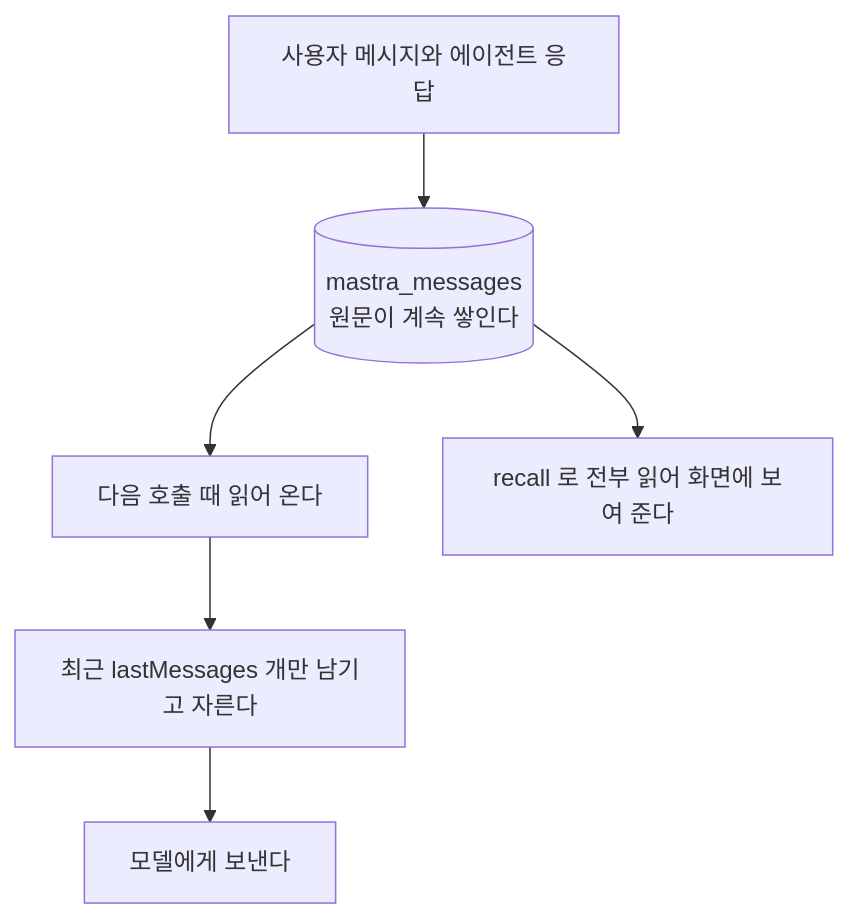
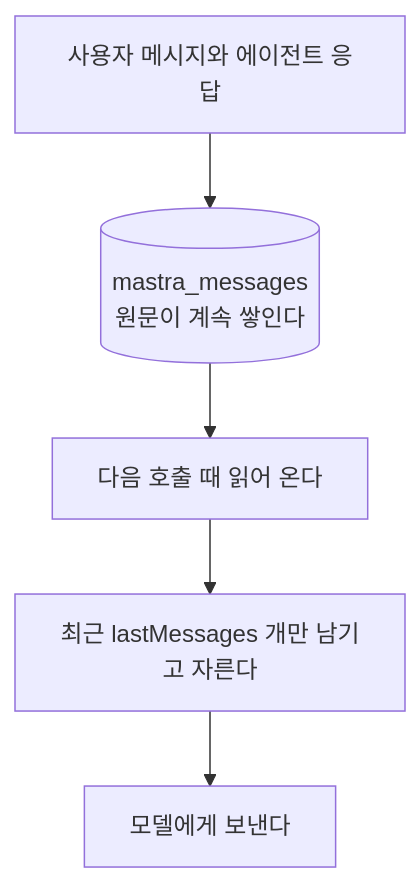
Before and after one commit to hoyunjung-dwhale/mastra-playground: the third of 4 diagrams in docs/memory.md, drawn with Mermaid. The commit also changed other lines of this file, not shown here.

First line of the commit message:
Memory 3-3 다이어그램 정리: 화면 흐름과 모델 흐름 분리

````diff
--- a/docs/memory.md
+++ b/docs/memory.md
@@ -576,8 +587,7 @@
 ```mermaid
 flowchart TB
     A["사용자 메시지와 에이전트 응답"] --> B[("mastra_messages<br/>원문이 계속 쌓인다")]
     B --> C["다음 호출 때 읽어 온다"]
     C --> D["최근 lastMessages 개만 남기고 자른다"]
     D --> E["모델에게 보낸다"]
-    B --> F["recall 로 전부 읽어 화면에 보여 준다"]
 ```
````
